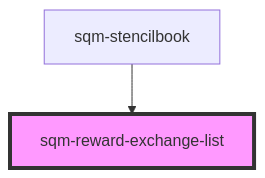
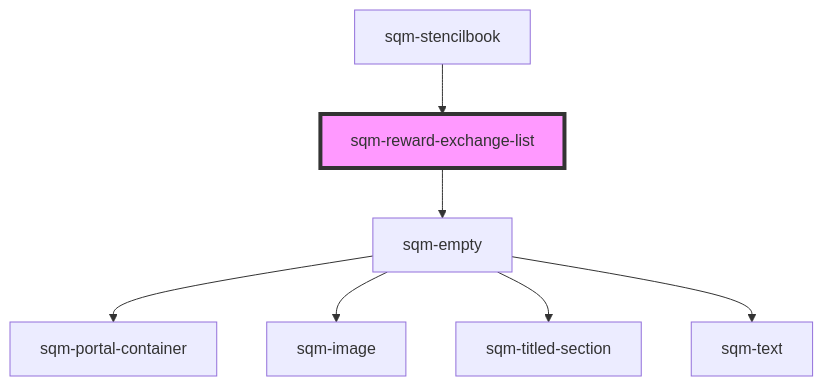
One commit to saasquatch/program-tools changed the diagram in packages/mint-components/src/components/sqm-reward-exchange-list/readme.md. Above: the diagram before and after it, drawn with Mermaid. The commit also changed other lines of this file and 35 other files, not shown here.

````diff
--- a/packages/mint-components/src/components/sqm-reward-exchange-list/readme.md
+++ b/packages/mint-components/src/components/sqm-reward-exchange-list/readme.md
@@ -47,5 +52,10 @@
 ```mermaid
 graph TD;
+  sqm-reward-exchange-list --> sqm-empty
+  sqm-empty --> sqm-portal-container
+  sqm-empty --> sqm-image
+  sqm-empty --> sqm-titled-section
+  sqm-empty --> sqm-text
   sqm-stencilbook --> sqm-reward-exchange-list
   style sqm-reward-exchange-list fill:#f9f,stroke:#333,stroke-width:4px
 ```
````
